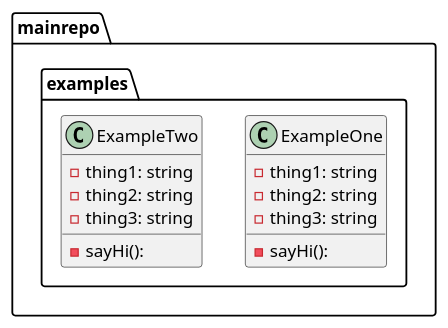
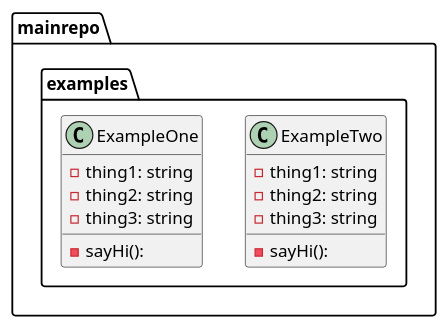
One commit to tbal999/pumlaction changed the diagram in graph.puml. Above: the diagram before and after it, drawn with PlantUML. The commit also changed other lines of this file and 1 other file, not shown here.

```diff
--- a/graph.puml
+++ b/graph.puml
@@ -1,19 +1,19 @@
 @startuml
+package ...mainrepo.examples{
+class ExampleTwo {
+-thing1: string
+-thing2: string
+-thing3: string
+-sayHi(): 
+}
+}
 package ...mainrepo.examples{
 class ExampleOne {
 -thing1: string
 -thing2: string
 -thing3: string
 -sayHi(): 
 }
 }
-package ...mainrepo.examples{
-class ExampleTwo {
--thing1: string
--thing2: string
--thing3: string
--sayHi(): 
-}
-}
 
 @enduml
```
